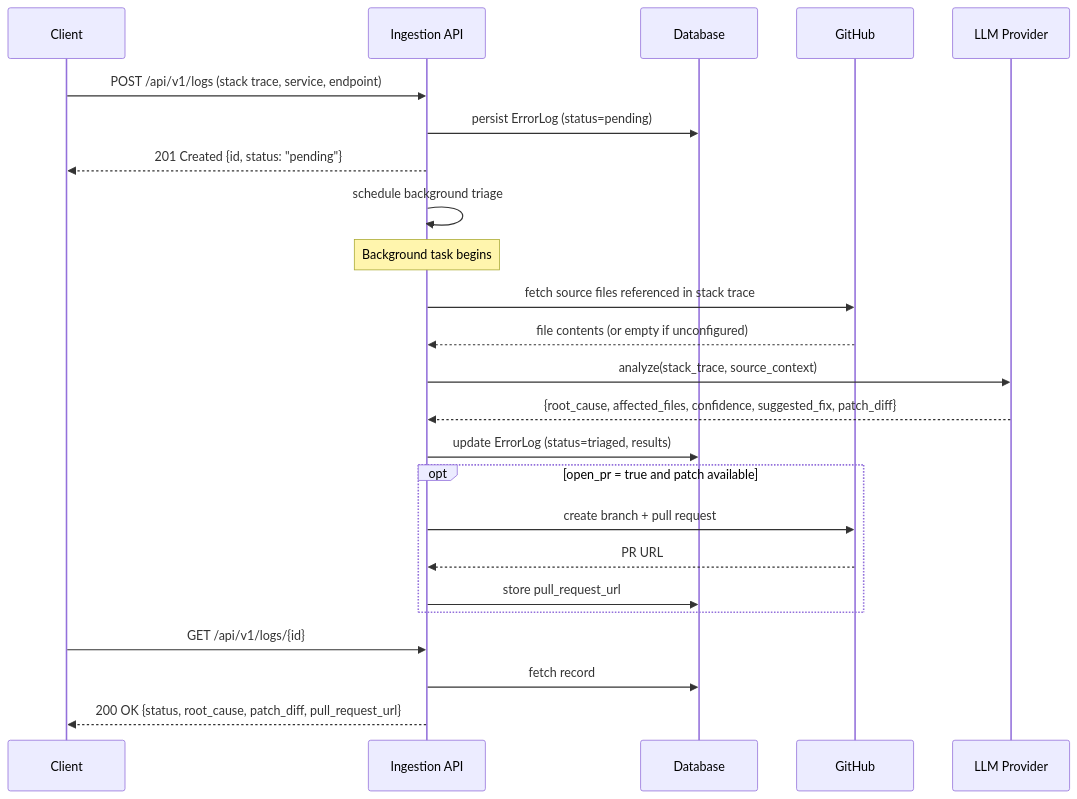
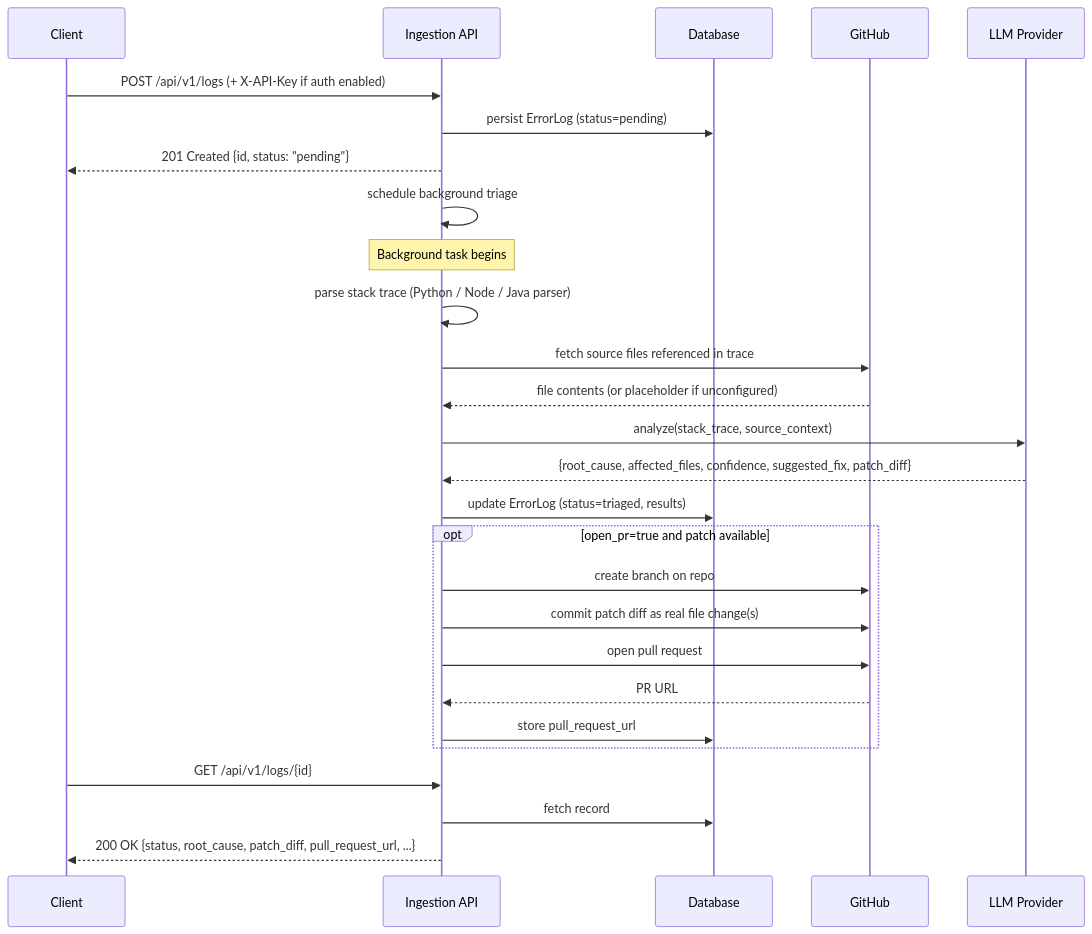
The second of 2 diagrams in README.md (SabarishR08/autotriage), drawn with Mermaid before and after one commit. The commit also changed other lines of this file and 10 other files, not shown here.

````diff
--- a/README.md
+++ b/README.md
@@ -41,30 +45,33 @@
 ```mermaid
 sequenceDiagram
     participant Client
     participant API as Ingestion API
     participant DB as Database
     participant GH as GitHub
     participant LLM as LLM Provider
 
-    Client->>API: POST /api/v1/logs (stack trace, service, endpoint)
+    Client->>API: POST /api/v1/logs (+ X-API-Key if auth enabled)
     API->>DB: persist ErrorLog (status=pending)
     API-->>Client: 201 Created {id, status: "pending"}
     API->>API: schedule background triage
 
     Note over API: Background task begins
-    API->>GH: fetch source files referenced in stack trace
-    GH-->>API: file contents (or empty if unconfigured)
+    API->>API: parse stack trace (Python / Node / Java parser)
+    API->>GH: fetch source files referenced in trace
+    GH-->>API: file contents (or placeholder if unconfigured)
     API->>LLM: analyze(stack_trace, source_context)
     LLM-->>API: {root_cause, affected_files, confidence, suggested_fix, patch_diff}
     API->>DB: update ErrorLog (status=triaged, results)
 
-    opt open_pr = true and patch available
-        API->>GH: create branch + pull request
+    opt open_pr=true and patch available
+        API->>GH: create branch on repo
+        API->>GH: commit patch diff as real file change(s)
+        API->>GH: open pull request
         GH-->>API: PR URL
         API->>DB: store pull_request_url
     end
 
     Client->>API: GET /api/v1/logs/{id}
     API->>DB: fetch record
-    API-->>Client: 200 OK {status, root_cause, patch_diff, pull_request_url}
+    API-->>Client: 200 OK {status, root_cause, patch_diff, pull_request_url, ...}
 ```
````
